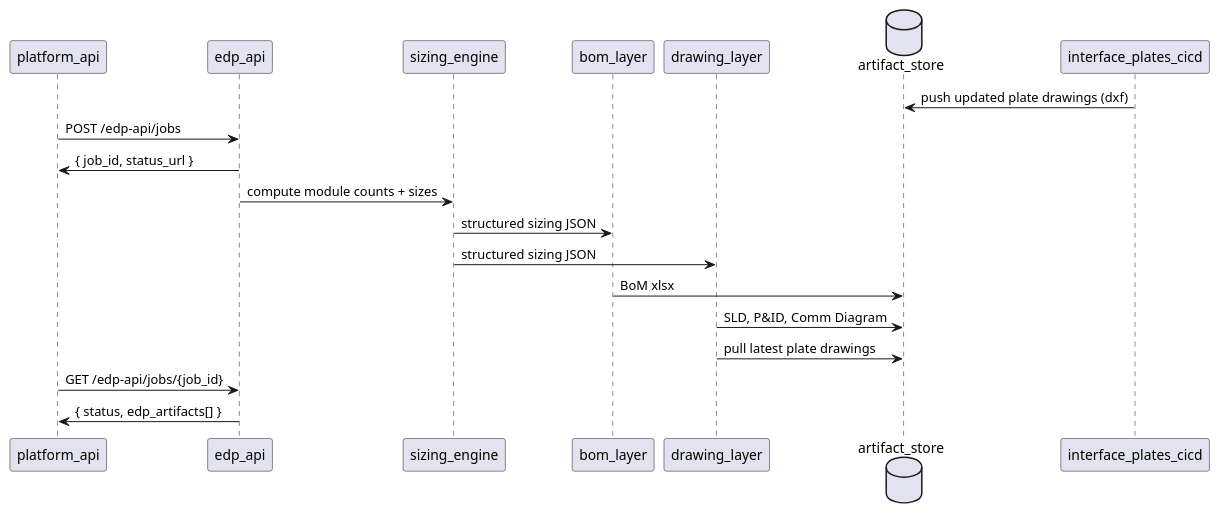
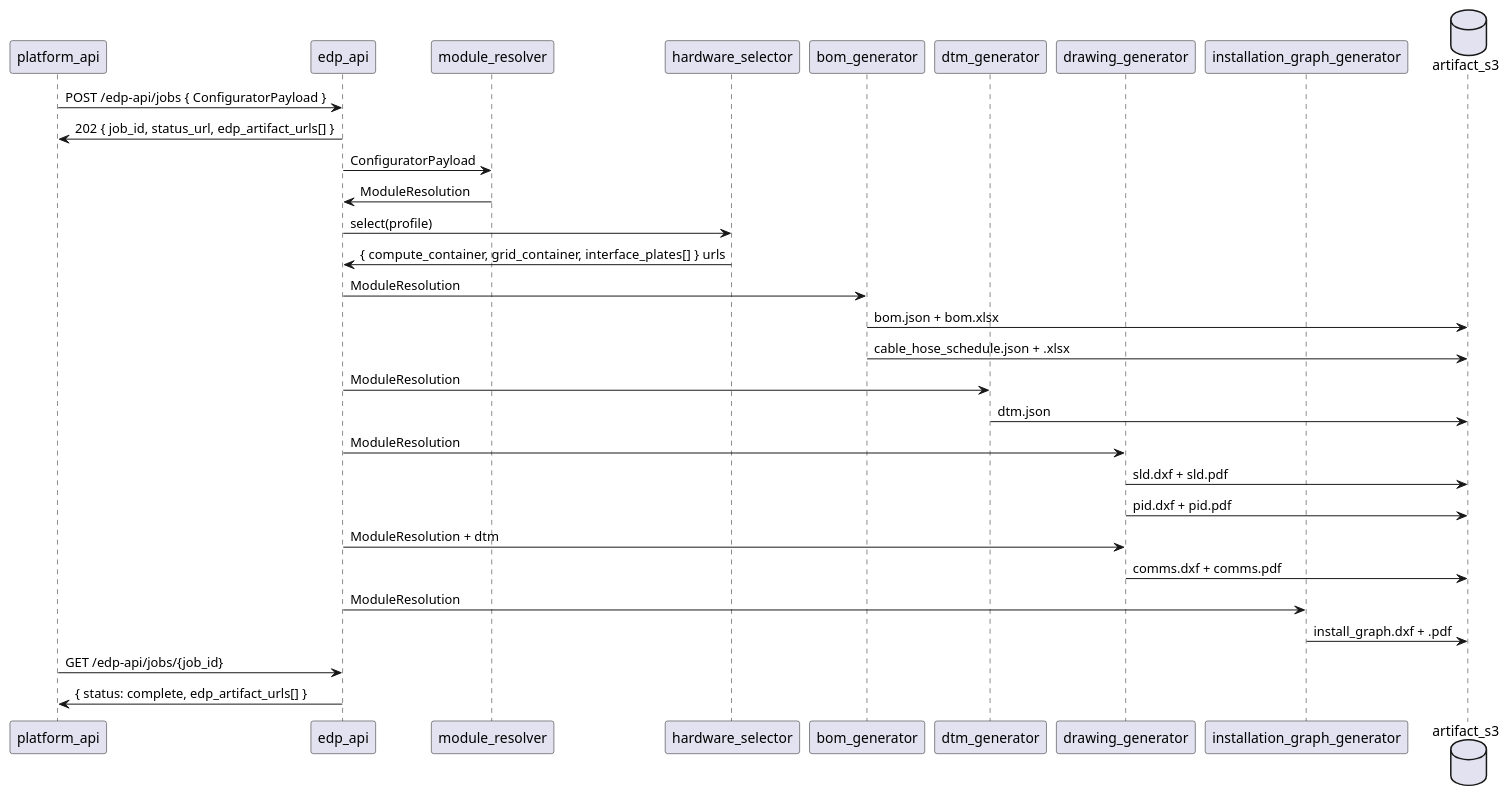
The diagram in readme.md (arcnode-io/edp-api), drawn with PlantUML before and after one commit. The commit also changed other lines of this file and 39 other files, not shown here.

````diff
--- a/readme.md
+++ b/readme.md
@@ -21,22 +51,40 @@
 ```plantuml
 participant platform_api
 participant edp_api
-participant sizing_engine
-participant bom_layer
-participant drawing_layer
-database artifact_store
-participant interface_plates_cicd
+participant module_resolver
+participant hardware_selector
+participant bom_generator
+participant dtm_generator
+participant drawing_generator
+participant installation_graph_generator
+database artifact_s3
 
-interface_plates_cicd -> artifact_store: push updated plate drawings (dxf)
+platform_api -> edp_api: POST /edp-api/jobs { ConfiguratorPayload }
+edp_api -> platform_api: 202 { job_id, status_url, edp_artifact_urls[] }
 
-platform_api -> edp_api: POST /edp-api/jobs
-edp_api -> platform_api: { job_id, status_url }
-edp_api -> sizing_engine: compute module counts + sizes
-sizing_engine -> bom_layer: structured sizing JSON
-sizing_engine -> drawing_layer: structured sizing JSON
-bom_layer -> artifact_store: BoM xlsx
-drawing_layer -> artifact_store: SLD, P&ID, Comm Diagram
-drawing_layer -> artifact_store: pull latest plate drawings
+edp_api -> module_resolver: ConfiguratorPayload
+module_resolver -> edp_api: ModuleResolution
+
+edp_api -> hardware_selector: select(profile)
+hardware_selector -> edp_api: { compute_container, grid_container, interface_plates[] } urls
+
+edp_api -> bom_generator: ModuleResolution
+bom_generator -> artifact_s3: bom.json + bom.xlsx
+bom_generator -> artifact_s3: cable_hose_schedule.json + .xlsx
+
+edp_api -> dtm_generator: ModuleResolution
+dtm_generator -> artifact_s3: dtm.json
+
+edp_api -> drawing_generator: ModuleResolution
+drawing_generator -> artifact_s3: sld.dxf + sld.pdf
+drawing_generator -> artifact_s3: pid.dxf + pid.pdf
+
+edp_api -> drawing_generator: ModuleResolution + dtm
+drawing_generator -> artifact_s3: comms.dxf + comms.pdf
+
+edp_api -> installation_graph_generator: ModuleResolution
+installation_graph_generator -> artifact_s3: install_graph.dxf + .pdf
+
 platform_api -> edp_api: GET /edp-api/jobs/{job_id}
-edp_api -> platform_api: { status, edp_artifacts[] }
+edp_api -> platform_api: { status: complete, edp_artifact_urls[] }
 ```
````
